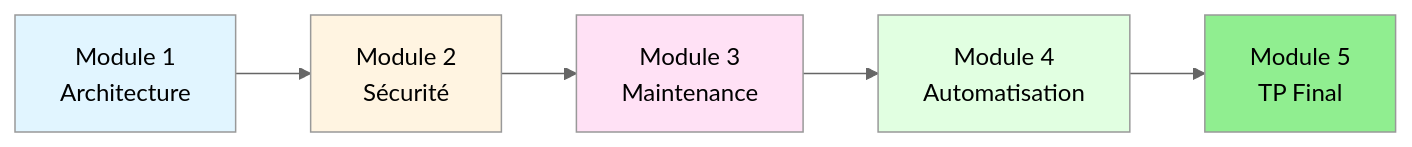
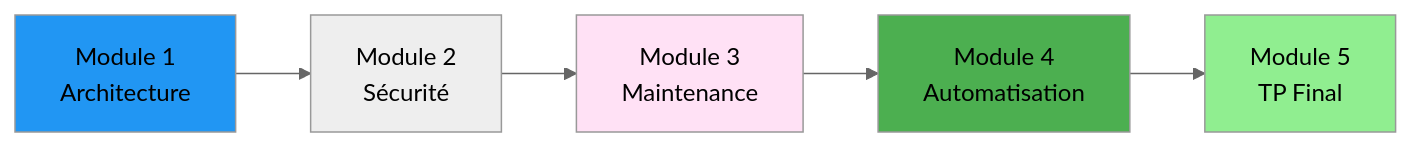
One commit to VBlackJack/ShellBook changed the diagram in docs/formations/sql-server/index.md. Above: the diagram before and after it, drawn with Mermaid (neutral theme). The commit also changed 337 other files, not shown here.

First line of the commit message:
refactor(docs): Standardize code blocks and Mermaid colors

````diff
--- a/docs/formations/sql-server/index.md
+++ b/docs/formations/sql-server/index.md
@@ -180,13 +180,13 @@
 ```mermaid
 graph LR
     A[Module 1<br/>Architecture] --> B[Module 2<br/>Sécurité]
     B --> C[Module 3<br/>Maintenance]
     C --> D[Module 4<br/>Automatisation]
     D --> E[Module 5<br/>TP Final]
 
-    style A fill:#e1f5ff
-    style B fill:#fff4e1
+    style A fill:#2196F3
+    style B fill:#FF9800800800
     style C fill:#ffe1f5
-    style D fill:#e1ffe1
+    style D fill:#4CAF50
     style E fill:#90EE90
 ```
````
